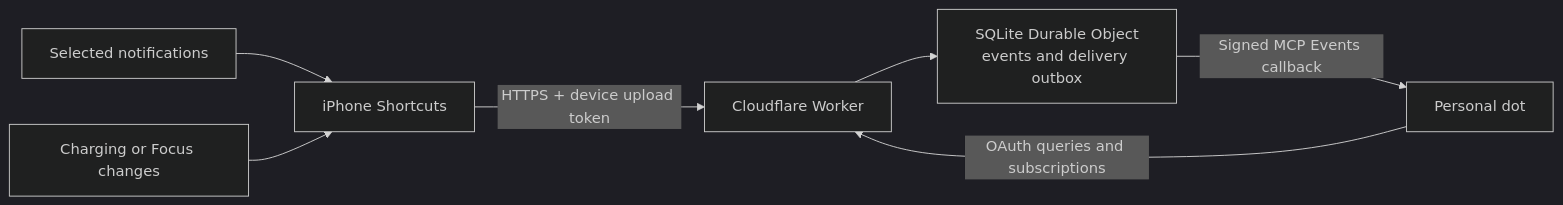
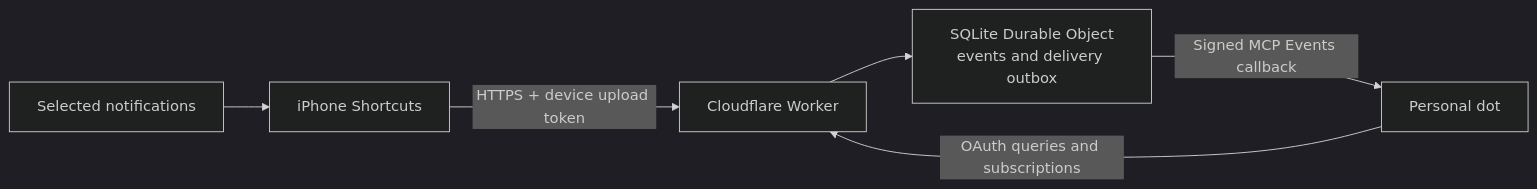
The diagram in README.md (zzaachaary/dotlink), drawn with Mermaid (dark theme) before and after one commit. The commit also changed other lines of this file and 26 other files, not shown here.

````diff
--- a/README.md
+++ b/README.md
@@ -57,9 +55,8 @@
 ```mermaid
 flowchart LR
     A[Selected notifications] --> C[iPhone Shortcuts]
-    B[Charging or Focus changes] --> C
     C -->|HTTPS + device upload token| D[Cloudflare Worker]
     D --> E[SQLite Durable Object<br/>events and delivery outbox]
     E -->|Signed MCP Events callback| F[Personal dot]
     F -->|OAuth queries and subscriptions| D
 ```
````
